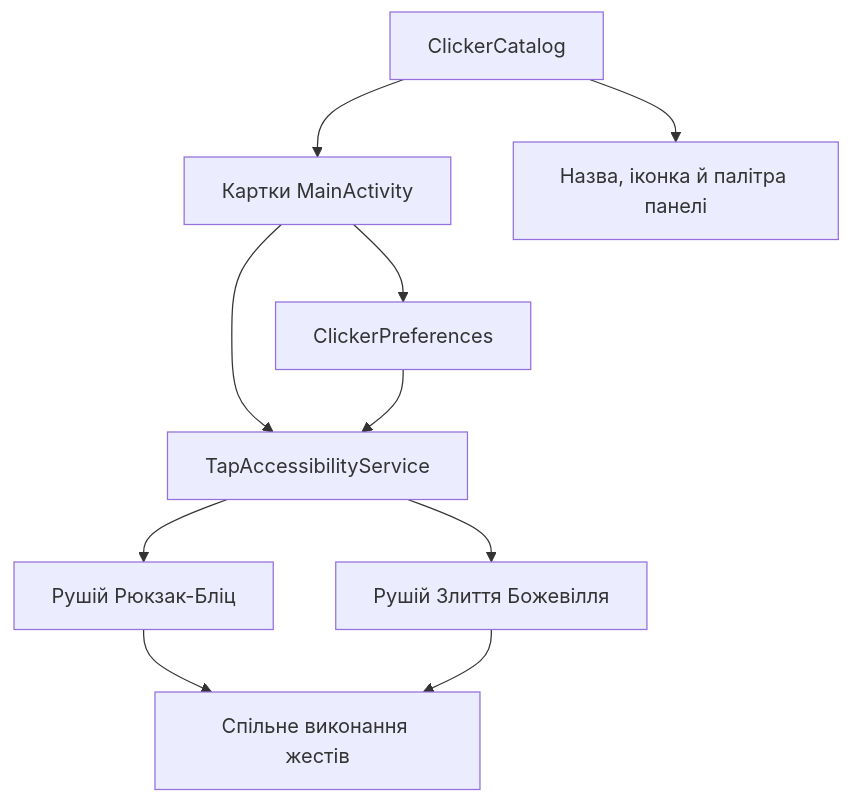
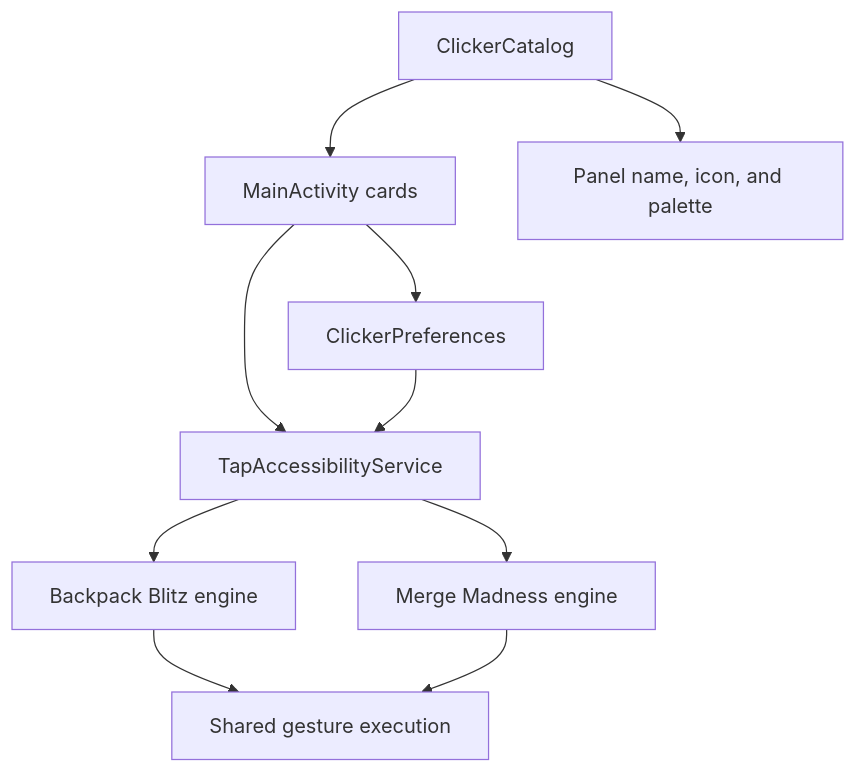
One commit to PacManNa/Backpack-Brawl-Helper changed the diagram in docs/MODULES.md. Above: the diagram before and after it, drawn with Mermaid. The commit also changed other lines of this file and 19 other files, not shown here.

````diff
--- a/docs/MODULES.md
+++ b/docs/MODULES.md
@@ -25,12 +26,12 @@
 ```mermaid
 flowchart TD
-    Catalog[ClickerCatalog] --> Cards[Картки MainActivity]
-    Catalog --> Panel[Назва, іконка й палітра панелі]
+    Catalog[ClickerCatalog] --> Cards[MainActivity cards]
+    Catalog --> Panel[Panel name, icon, and palette]
     Cards --> Preferences[ClickerPreferences]
     Cards --> Host[TapAccessibilityService]
-    Host --> Blitz[Рушій Рюкзак-Бліц]
-    Host --> Merge[Рушій Злиття Божевілля]
-    Blitz --> Gesture[Спільне виконання жестів]
+    Host --> Blitz[Backpack Blitz engine]
+    Host --> Merge[Merge Madness engine]
+    Blitz --> Gesture[Shared gesture execution]
     Merge --> Gesture
     Preferences --> Host
 ```
````
